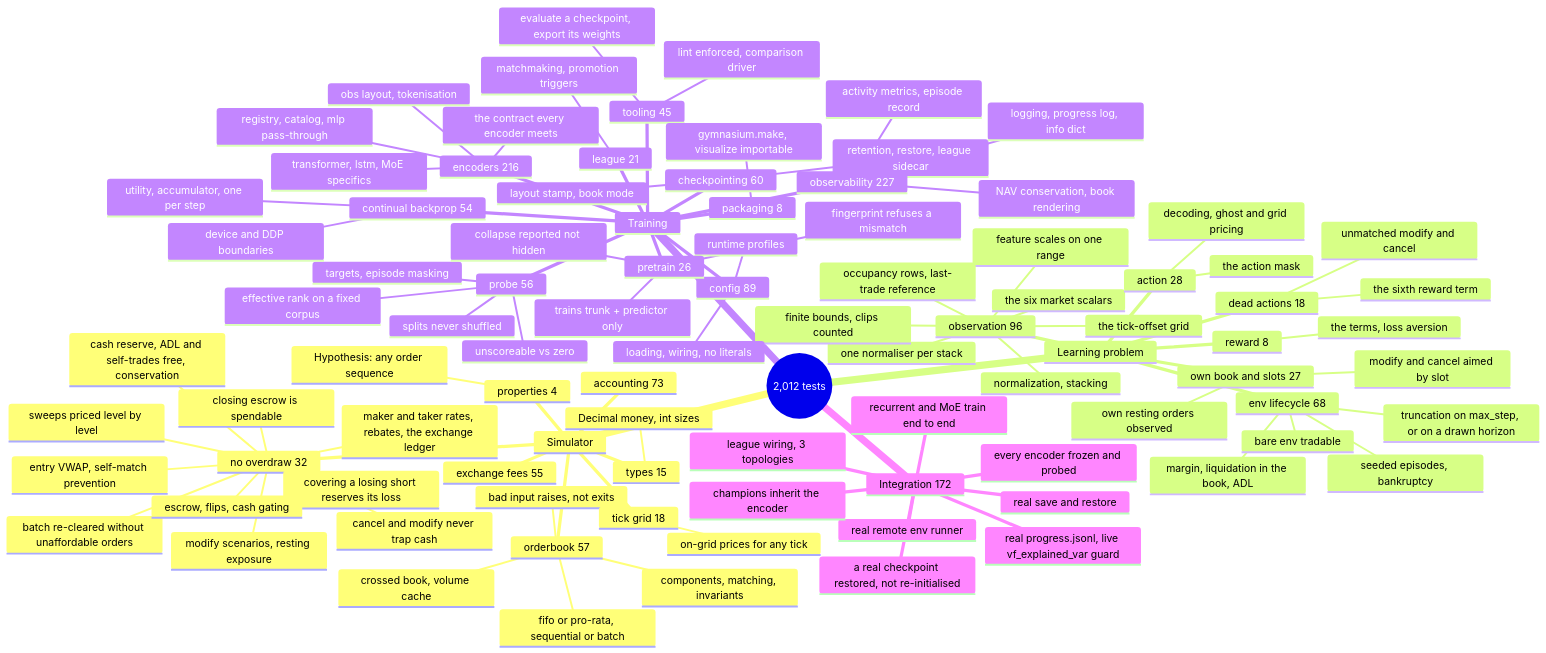
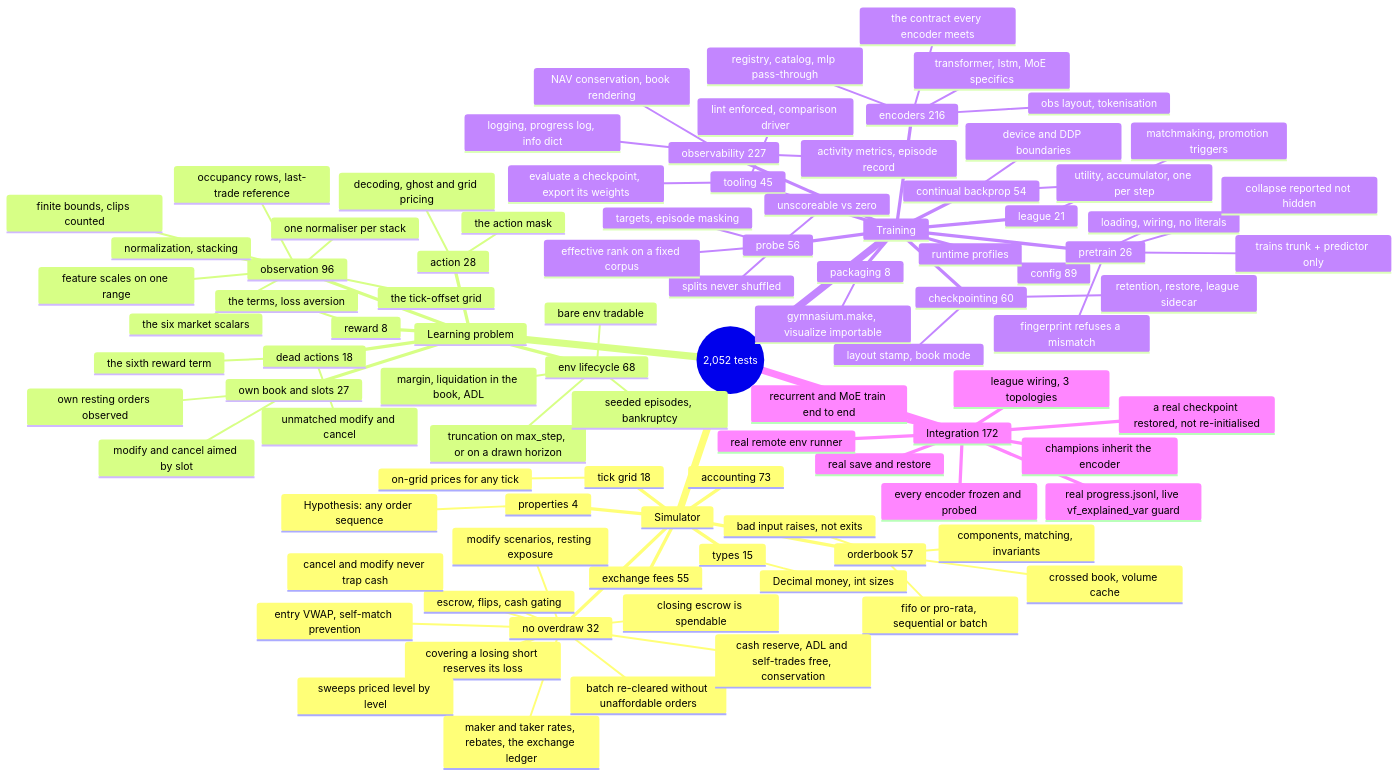
The diagram in doc/10_testing.md (ChuaCheowHuan/gym-continuousDoubleAuction), drawn with Mermaid before and after one commit. The commit also changed other lines of this file and 9 other files, not shown here.

````diff
--- a/doc/10_testing.md
+++ b/doc/10_testing.md
@@ -163,6 +164,6 @@
 ```mermaid
 mindmap
-  root((2,012 tests))
+  root((2,052 tests))
     Simulator
       orderbook 57
         components, matching, invariants
````
